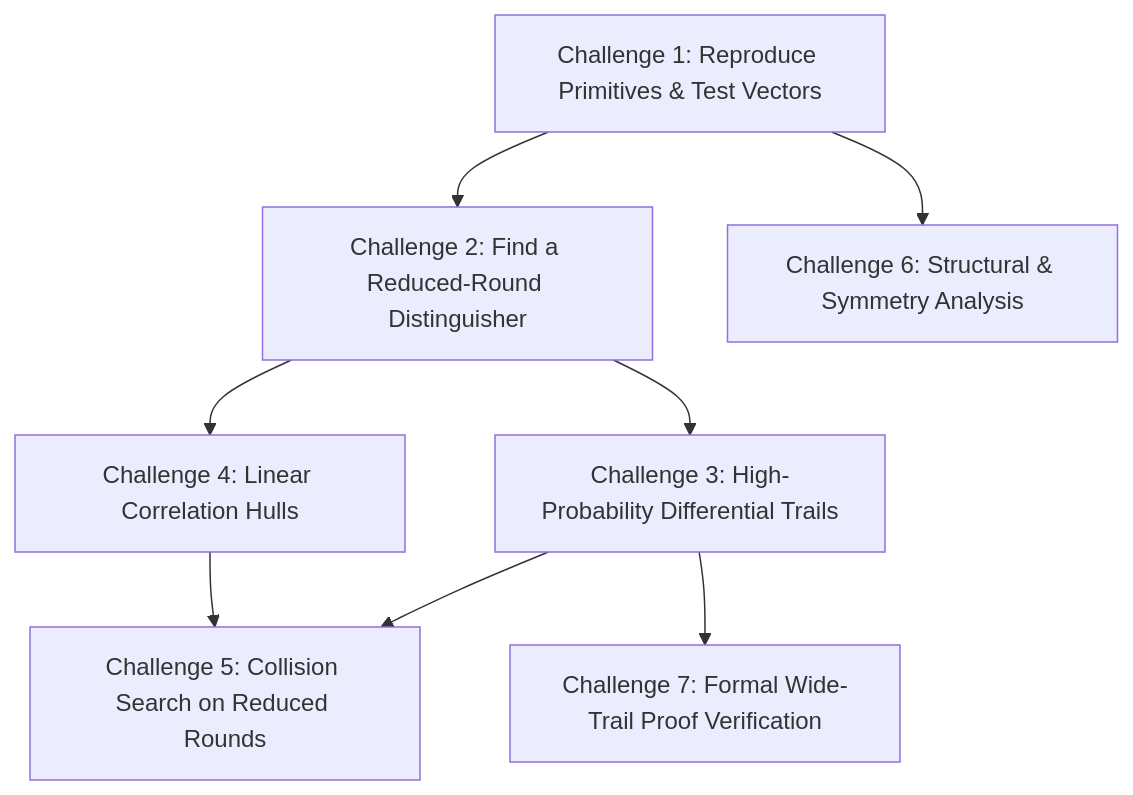
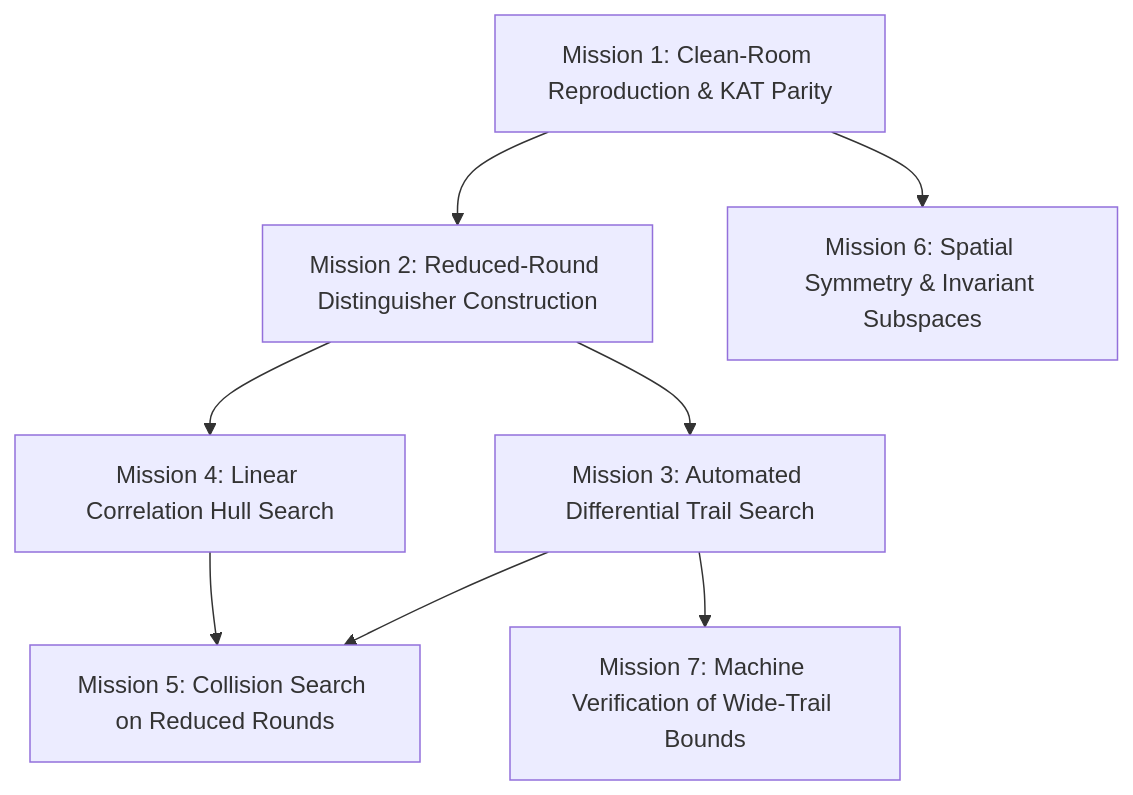
One commit to ankushpahal-12/torix-crypto changed the diagram in CRYPTANALYSIS_CHALLENGE.md. Above: the diagram before and after it, drawn with Mermaid. The commit also changed other lines of this file and 2 other files, not shown here.

First line of the commit message:
docs(challenge,spec): formalize research challenge guidelines and fix KaTeX matrix syntax

````diff
--- a/CRYPTANALYSIS_CHALLENGE.md
+++ b/CRYPTANALYSIS_CHALLENGE.md
@@ -94,9 +78,10 @@
 ```mermaid
 graph TD
-    C1["Challenge 1: Reproduce Primitives & Test Vectors"] --> C2["Challenge 2: Find a Reduced-Round Distinguisher"]
-    C2 --> C3["Challenge 3: High-Probability Differential Trails"]
-    C2 --> C4["Challenge 4: Linear Correlation Hulls"]
-    C3 & C4 --> C5["Challenge 5: Collision Search on Reduced Rounds"]
-    C1 --> C6["Challenge 6: Structural & Symmetry Analysis"]
-    C3 --> C7["Challenge 7: Formal Wide-Trail Proof Verification"]
+    C1["Mission 1: Clean-Room Reproduction & KAT Parity"] --> C2["Mission 2: Reduced-Round Distinguisher Construction"]
+    C2 --> C3["Mission 3: Automated Differential Trail Search"]
+    C2 --> C4["Mission 4: Linear Correlation Hull Search"]
+    C3 --> C5["Mission 5: Collision Search on Reduced Rounds"]
+    C4 --> C5
+    C1 --> C6["Mission 6: Spatial Symmetry & Invariant Subspaces"]
+    C3 --> C7["Mission 7: Machine Verification of Wide-Trail Bounds"]
 ```
````
